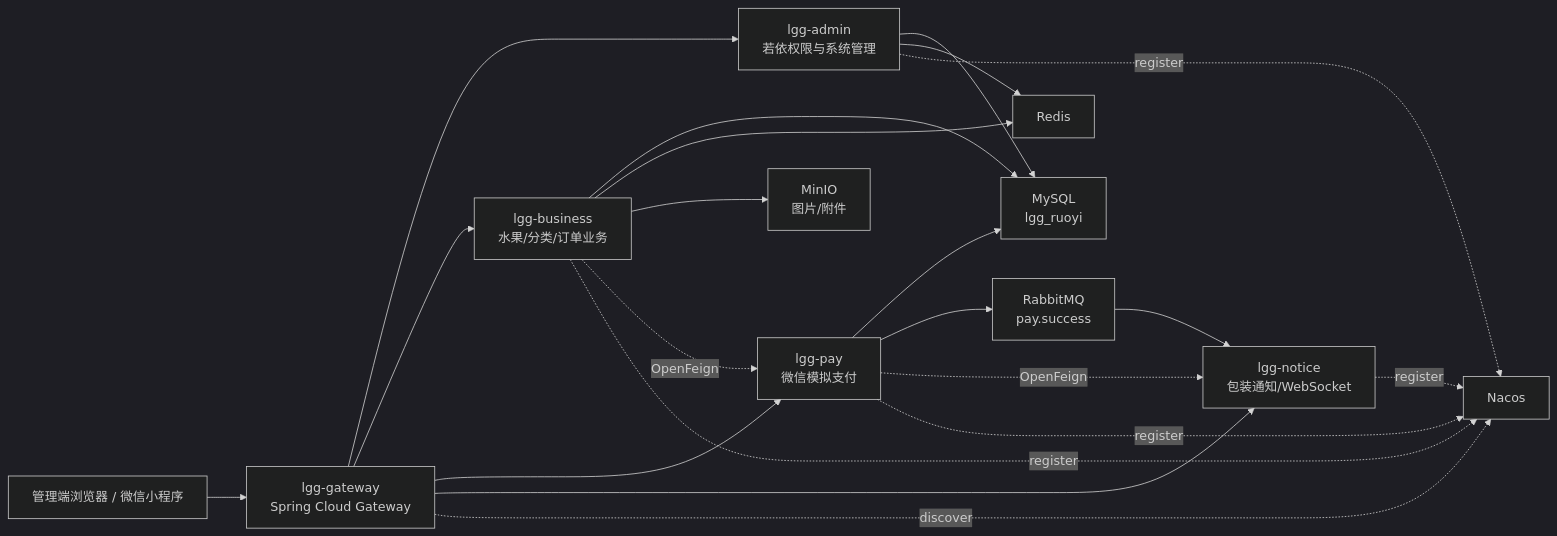
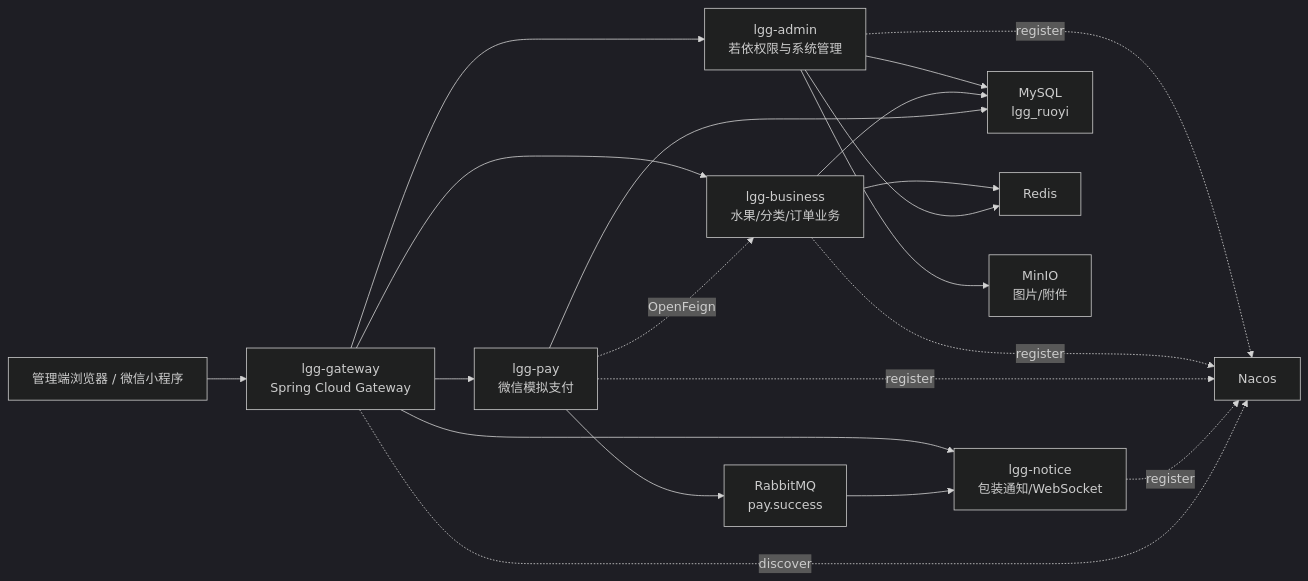
Before and after one commit to githoldder/springboot-lgg: the diagram in docs/02-process/document/process-notes/final-distributed-architecture-selection.md, drawn with Mermaid (dark theme). The commit also changed other lines of this file and 492 other files, not shown here.

````diff
--- a/docs/02-process/document/process-notes/final-distributed-architecture-selection.md
+++ b/docs/02-process/document/process-notes/final-distributed-architecture-selection.md
@@ -32,25 +32,24 @@
 ```mermaid
 flowchart LR
     U["管理端浏览器 / 微信小程序"] --> G["lgg-gateway<br/>Spring Cloud Gateway"]
     G --> A["lgg-admin<br/>若依权限与系统管理"]
     G --> B["lgg-business<br/>水果/分类/订单业务"]
     G --> P["lgg-pay<br/>微信模拟支付"]
     G --> N["lgg-notice<br/>包装通知/WebSocket"]
 
     A --> DB["MySQL<br/>lgg_ruoyi"]
     B --> DB
     P --> DB
     B --> R["Redis"]
     A --> R
-    B --> M["MinIO<br/>图片/附件"]
+    A --> M["MinIO<br/>图片/附件"]
     P --> Q["RabbitMQ<br/>pay.success"]
     Q --> N
-    B -. OpenFeign .-> P
-    P -. OpenFeign .-> N
+    P -. OpenFeign .-> B
 
     A -. register .-> C["Nacos"]
     B -. register .-> C
     P -. register .-> C
     N -. register .-> C
     G -. discover .-> C
 ```
````
